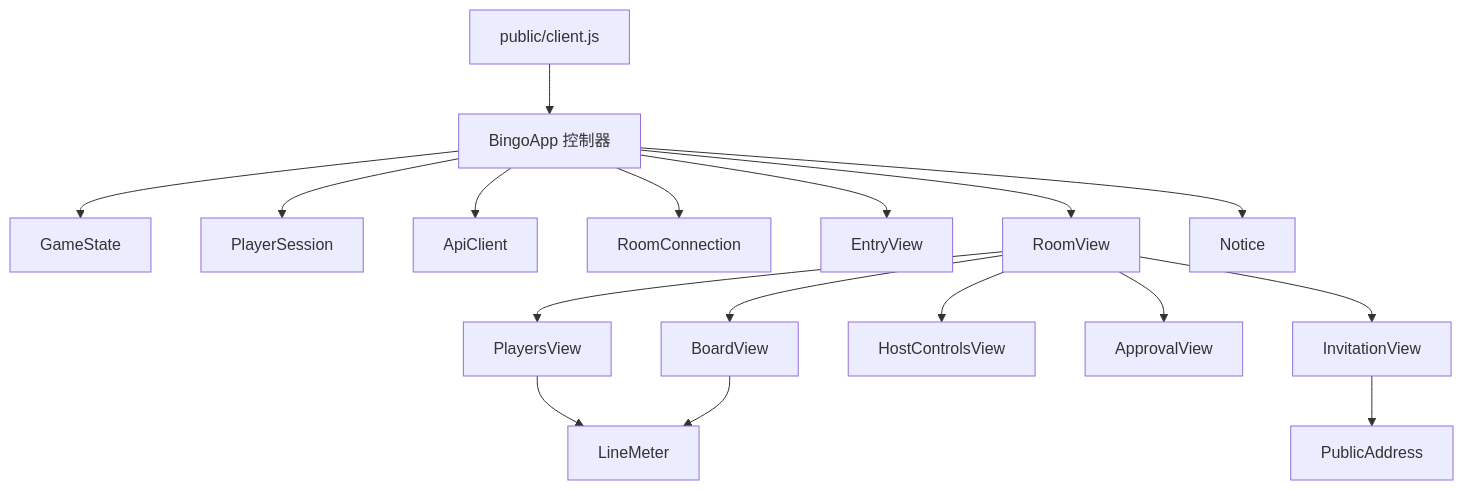
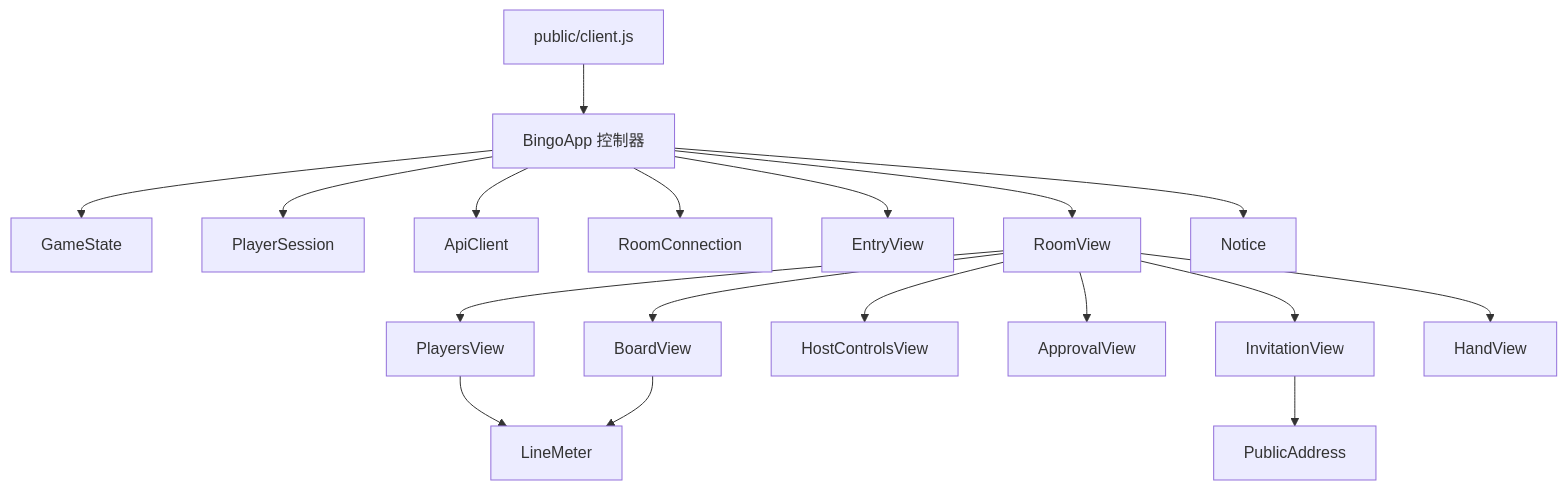
Before and after one commit to as468579/BingoGame: the third of 3 diagrams in docs/architecture.md, drawn with Mermaid. The commit also changed other lines of this file and 26 other files, not shown here.

````diff
--- a/docs/architecture.md
+++ b/docs/architecture.md
@@ -61,19 +73,20 @@
 ```mermaid
 flowchart TD
   Boot[public/client.js] --> App[BingoApp 控制器]
   App --> State[GameState]
   App --> Session[PlayerSession]
   App --> API[ApiClient]
   App --> Events[RoomConnection]
   App --> EntryView
   App --> RoomView
   App --> Notice
   RoomView --> PlayersView
   RoomView --> BoardView
   RoomView --> HostControlsView
   RoomView --> ApprovalView
   RoomView --> InvitationView
+  RoomView --> HandView
   InvitationView --> PublicAddress
   PlayersView --> LineMeter
   BoardView --> LineMeter
 ```
````
